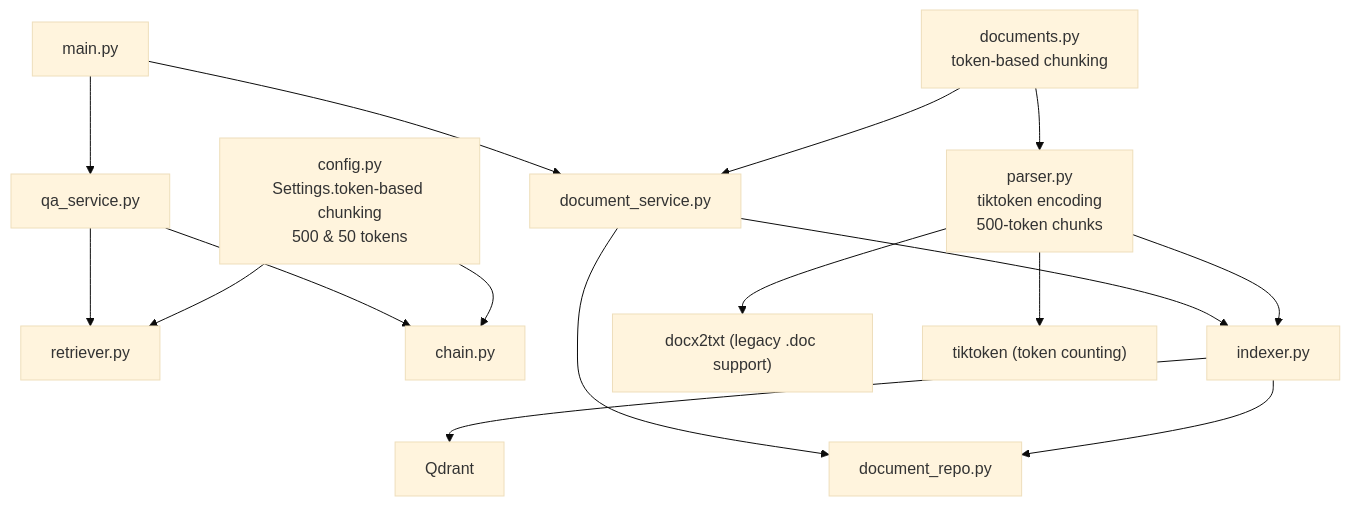
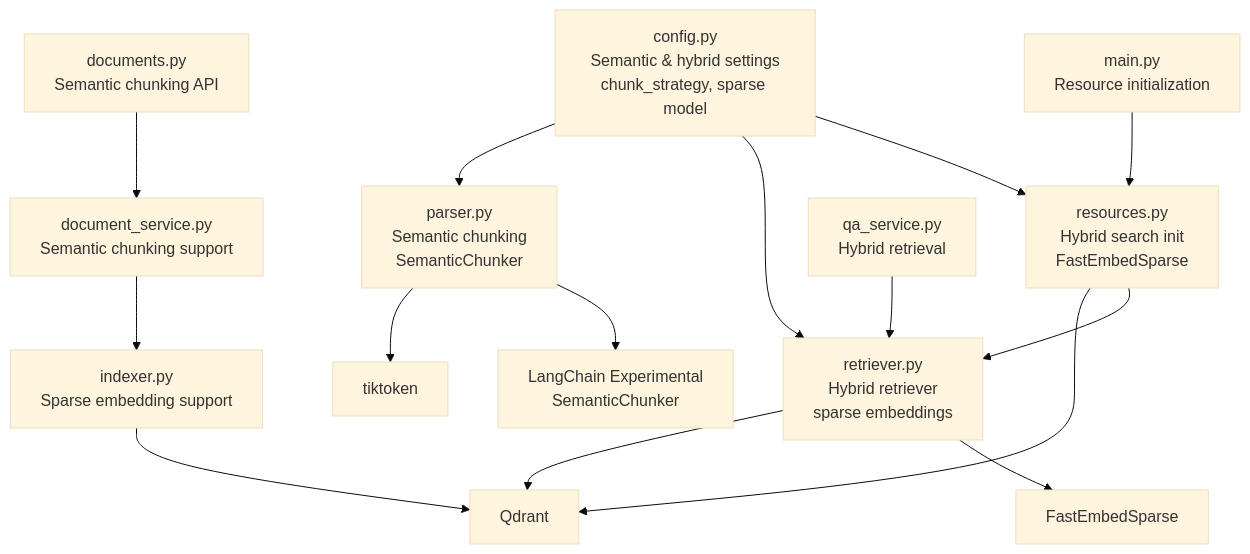
Before and after one commit to ognelis/cafetera_hr_bot: diagram 12 of 12 in .qoder/repowiki/en/content/RAG Integration/RAG Parser Enhancement.md, drawn with Mermaid (base theme). The commit also changed other lines of this file and 10 other files, not shown here.

````diff
--- a/.qoder/repowiki/en/content/RAG Integration/RAG Parser Enhancement.md
+++ b/.qoder/repowiki/en/content/RAG Integration/RAG Parser Enhancement.md
@@ -485,18 +473,17 @@
 ```mermaid
 graph TB
-CFG["config.py<br/>Settings.token-based chunking<br/>500 & 50 tokens"] --> RET["retriever.py"]
-CFG --> CHAIN["chain.py"]
-PARSER["parser.py<br/>tiktoken encoding<br/>500-token chunks"] --> INDEXER["indexer.py"]
-PARSER --> DOCX2TXT["docx2txt (legacy .doc support)"]
-PARSER --> TIKTOKEN["tiktoken (token counting)"]
-INDEXER --> QDRANT["Qdrant"]
-INDEXER --> REPO["document_repo.py"]
-SERVICE["document_service.py"] --> INDEXER
-SERVICE --> REPO
-API["documents.py<br/>token-based chunking"] --> SERVICE
-API --> PARSER
-QA["qa_service.py"] --> RET
-QA --> CHAIN
-MAIN["main.py"] --> SERVICE
-MAIN --> QA
+CFG["config.py<br/>Semantic & hybrid settings<br/>chunk_strategy, sparse model"] --> RES["resources.py<br/>Hybrid search init<br/>FastEmbedSparse"]
+CFG --> RET["retriever.py<br/>Hybrid retriever<br/>sparse embeddings"]
+CFG --> PARSE["parser.py<br/>Semantic chunking<br/>SemanticChunker"]
+RES --> RET
+RES --> QDRANT["Qdrant"]
+PARSE --> LC["LangChain Experimental<br/>SemanticChunker"]
+PARSE --> TIKTOKEN["tiktoken"]
+RET --> FE["FastEmbedSparse"]
+RET --> QDRANT
+INDEXER["indexer.py<br/>Sparse embedding support"] --> QDRANT
+SERVICE["document_service.py<br/>Semantic chunking support"] --> INDEXER
+API["documents.py<br/>Semantic chunking API"] --> SERVICE
+QA["qa_service.py<br/>Hybrid retrieval"] --> RET
+MAIN["main.py<br/>Resource initialization"] --> RES
 ```
````
